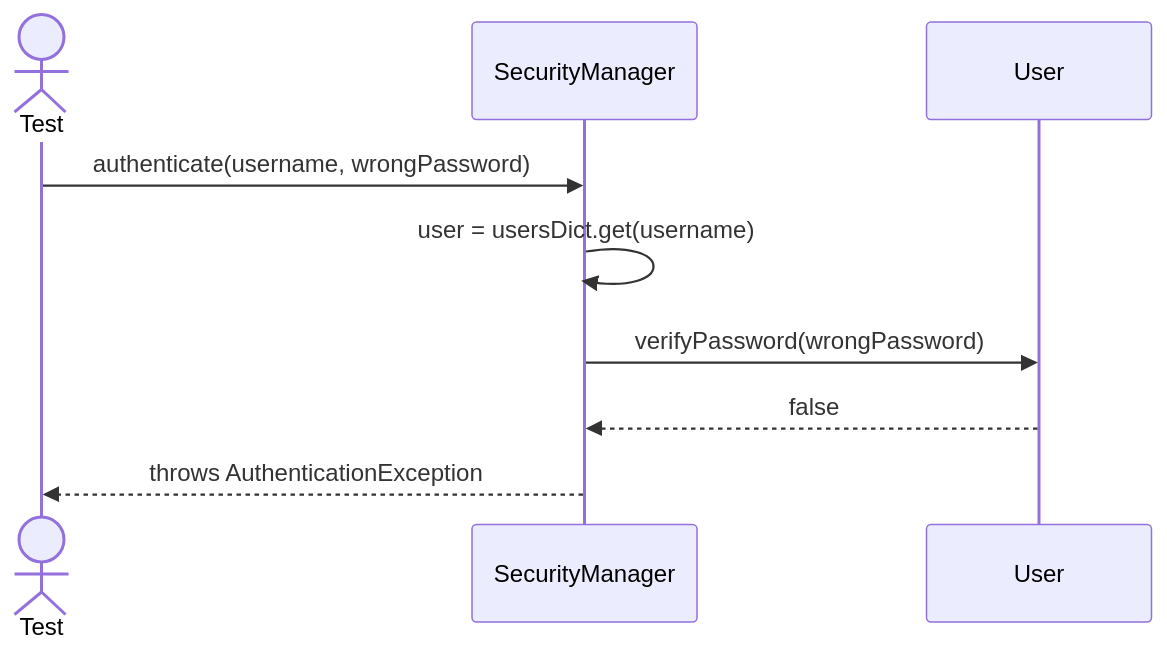
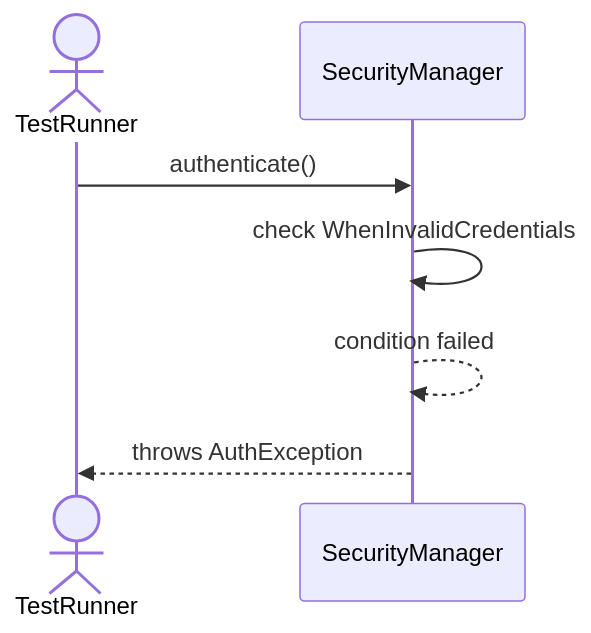
Before and after one commit to TamBui1706/DBMS: the second of 8 diagrams in Sequences/SecurityAccessControl/SecurityManager.md, drawn with Mermaid. The commit also changed other lines of this file and 63 other files, not shown here.

Commit message:
Draw sequence diagram for unit tests

````diff
--- a/Sequences/SecurityAccessControl/SecurityManager.md
+++ b/Sequences/SecurityAccessControl/SecurityManager.md
@@ -32,12 +32,9 @@
 ```mermaid
 sequenceDiagram
-    actor Test
+    actor TestRunner
     participant SecurityManager
-    participant User
-
-    Test->>SecurityManager: authenticate(username, wrongPassword)
-    SecurityManager->>SecurityManager: user = usersDict.get(username)
-    SecurityManager->>User: verifyPassword(wrongPassword)
-    User-->>SecurityManager: false
-    SecurityManager-->>Test: throws AuthenticationException
+    TestRunner->>SecurityManager: authenticate()
+    SecurityManager->>SecurityManager: check WhenInvalidCredentials
+    SecurityManager-->>SecurityManager: condition failed
+    SecurityManager-->>TestRunner: throws AuthException
 ```
````
